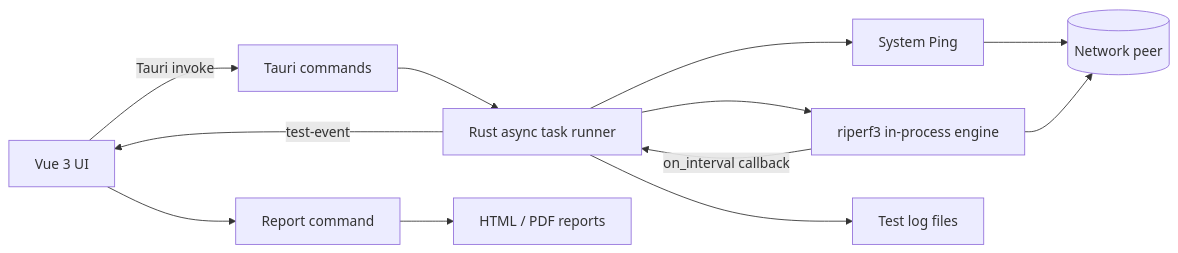
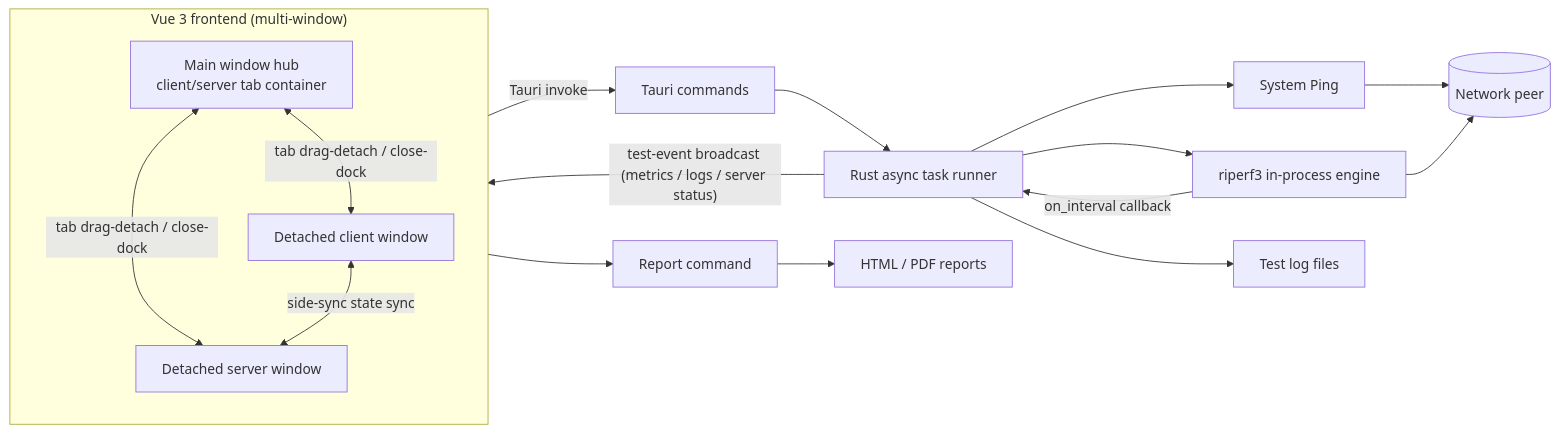
The diagram in README.md (KISSMonX/LinkGauge), drawn with Mermaid before and after one commit. The commit also changed other lines of this file and 1 other file, not shown here.

Commit message:
docs: add SSH support to TODO, update architecture diagram for multi-window

````diff
--- a/README.md
+++ b/README.md
@@ -35,14 +35,22 @@
 ```mermaid
 flowchart LR
-    UI[Vue 3 UI] -->|Tauri invoke| API[Tauri commands]
+    subgraph UI["Vue 3 frontend (multi-window)"]
+        HUB["Main window hub<br/>client/server tab container"]
+        CW["Detached client window"]
+        SW["Detached server window"]
+        HUB <-->|"tab drag-detach / close-dock"| CW
+        HUB <-->|"tab drag-detach / close-dock"| SW
+        CW <-->|"side-sync state sync"| SW
+    end
+    UI -->|Tauri invoke| API[Tauri commands]
     API --> RUNNER[Rust async task runner]
     RUNNER --> PING[System Ping]
     RUNNER --> ENGINE[riperf3 in-process engine]
     PING --> NETWORK[(Network peer)]
     ENGINE --> NETWORK
     ENGINE -->|on_interval callback| RUNNER
-    RUNNER -->|test-event| UI
+    RUNNER -->|"test-event broadcast (metrics / logs / server status)"| UI
     RUNNER --> LOGS[Test log files]
     UI --> REPORT[Report command]
     REPORT --> OUTPUT[HTML / PDF reports]
 ```
````
